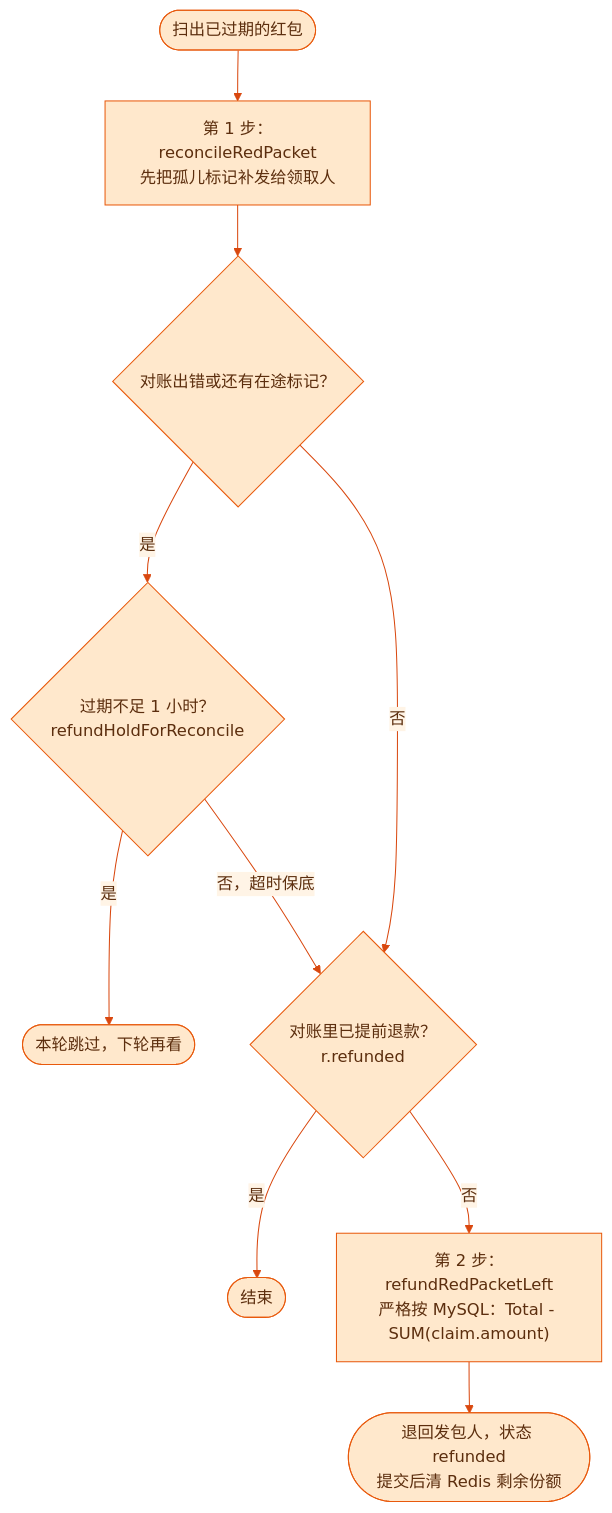
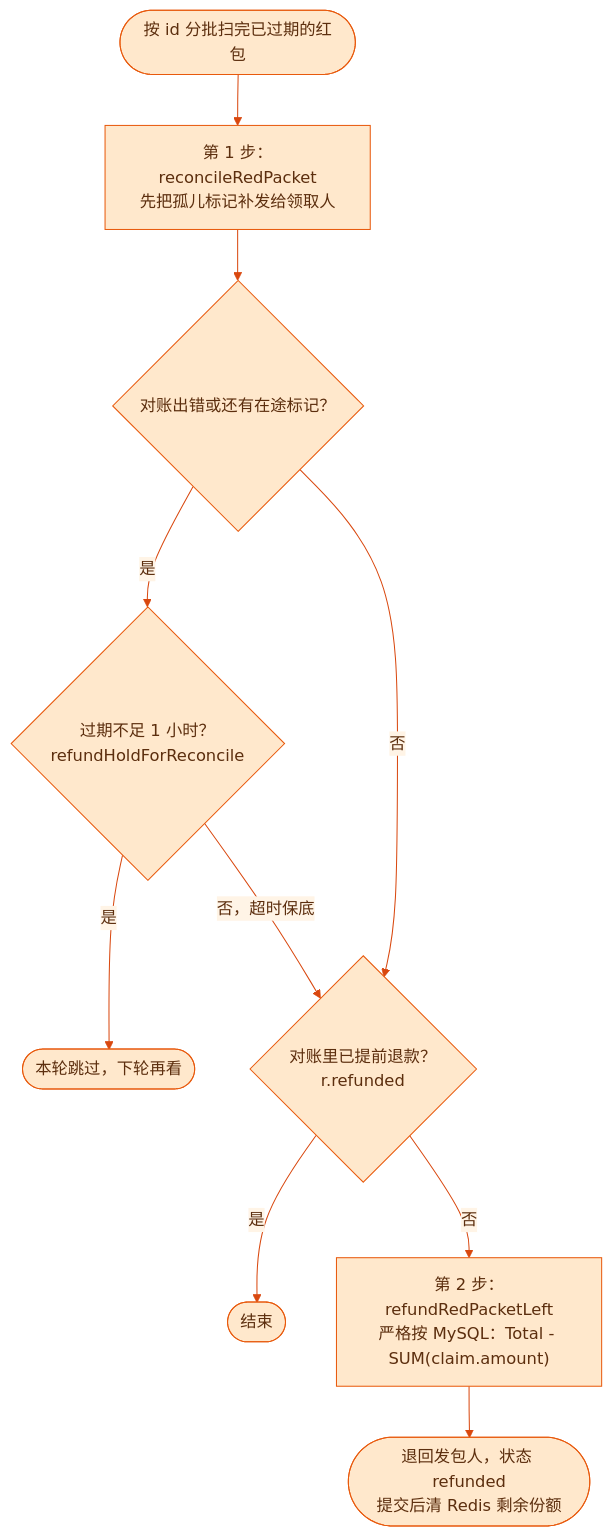
Before and after one commit to RedInn7/gomall: diagram 30 of 30 in docs/lecture/18-redpacket.md, drawn with Mermaid. The commit also changed other lines of this file and 2 other files, not shown here.

````diff
--- a/docs/lecture/18-redpacket.md
+++ b/docs/lecture/18-redpacket.md
@@ -1048,13 +1081,13 @@
 ```mermaid
 %%{init: {'theme':'base','themeVariables':{'fontFamily':'PingFang SC, Microsoft YaHei, sans-serif','background':'#FFFBF5','primaryColor':'#FFE8CC','primaryBorderColor':'#E8590C','primaryTextColor':'#5C2E0E','secondaryColor':'#FFF4E6','tertiaryColor':'#FFF9F0','lineColor':'#D9480F','textColor':'#5C2E0E','clusterBkg':'#FFF9F0','clusterBorder':'#F08C00','edgeLabelBackground':'#FFF4E6','actorBkg':'#FFD8A8','actorBorder':'#E8590C','actorTextColor':'#5C2E0E','actorLineColor':'#F08C00','signalColor':'#C2410C','signalTextColor':'#5C2E0E','noteBkgColor':'#FFF3BF','noteBorderColor':'#F08C00','noteTextColor':'#5C2E0E','activationBkgColor':'#FFC078','activationBorderColor':'#E8590C','labelBoxBkgColor':'#FFE8CC','labelBoxBorderColor':'#E8590C','labelTextColor':'#5C2E0E','loopTextColor':'#5C2E0E'}}}%%
 flowchart TD
-    S(["扫出已过期的红包"]) --> R["第 1 步：reconcileRedPacket<br/>先把孤儿标记补发给领取人"]
+    S(["按 id 分批扫完已过期的红包"]) --> R["第 1 步：reconcileRedPacket<br/>先把孤儿标记补发给领取人"]
     R --> D1{"对账出错或还有在途标记？"}
     D1 -- "是" --> D2{"过期不足 1 小时？<br/>refundHoldForReconcile"}
     D2 -- "是" --> W(["本轮跳过，下轮再看"])
     D2 -- "否，超时保底" --> D3
     D1 -- "否" --> D3{"对账里已提前退款？<br/>r.refunded"}
     D3 -- "是" --> E(["结束"])
     D3 -- "否" --> F["第 2 步：refundRedPacketLeft<br/>严格按 MySQL：Total - SUM(claim.amount)"]
     F --> G(["退回发包人，状态 refunded<br/>提交后清 Redis 剩余份额"])
 ```
````
